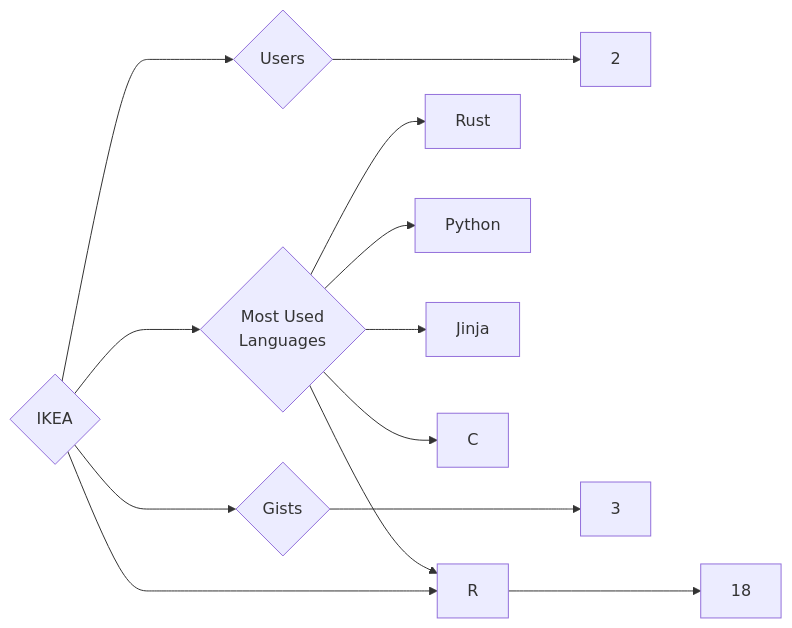
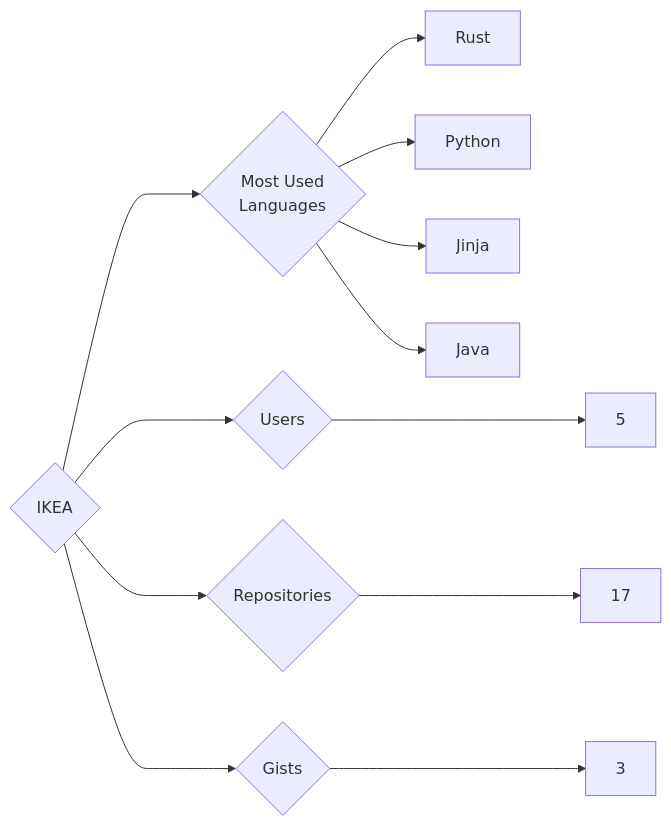
The diagram in targets/IKEA/README.md (trickest/insiders), drawn with Mermaid before and after one commit. The commit also changed 1003 other files, not shown here.

````diff
--- a/targets/IKEA/README.md
+++ b/targets/IKEA/README.md
@@ -3,13 +3,12 @@
 ```mermaid
 graph LR
 COMPANY_NAME{IKEA}
-COMPANY_NAME ---> U{Users} ---> UN[2]
-COMPANY_NAME ---> R{Repositories} ---> RN[18]
+COMPANY_NAME ---> U{Users} ---> UN[5]
+COMPANY_NAME ---> R{Repositories} ---> RN[17]
 COMPANY_NAME ---> G{Gists} ---> GN[3]
 COMPANY_NAME ---> ML{Most Used<br>Languages}
 ML --> Rust[Rust]
 ML --> Python[Python]
-ML --> R[R]
 ML --> Jinja[Jinja]
-ML --> C[C]
+ML --> Java[Java]
 ```
````
